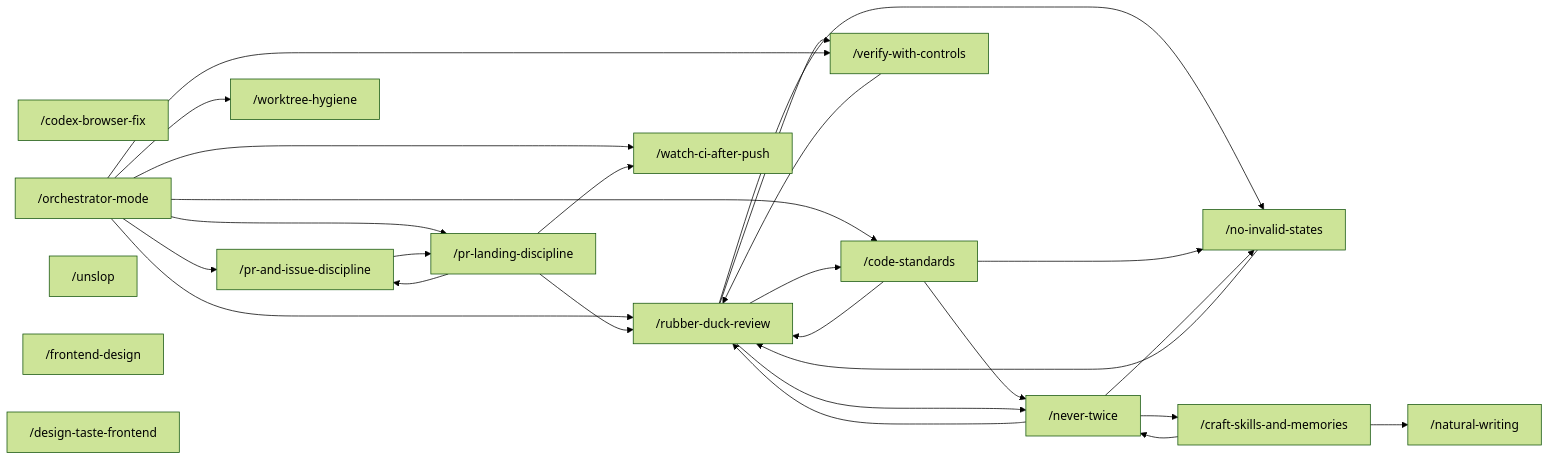
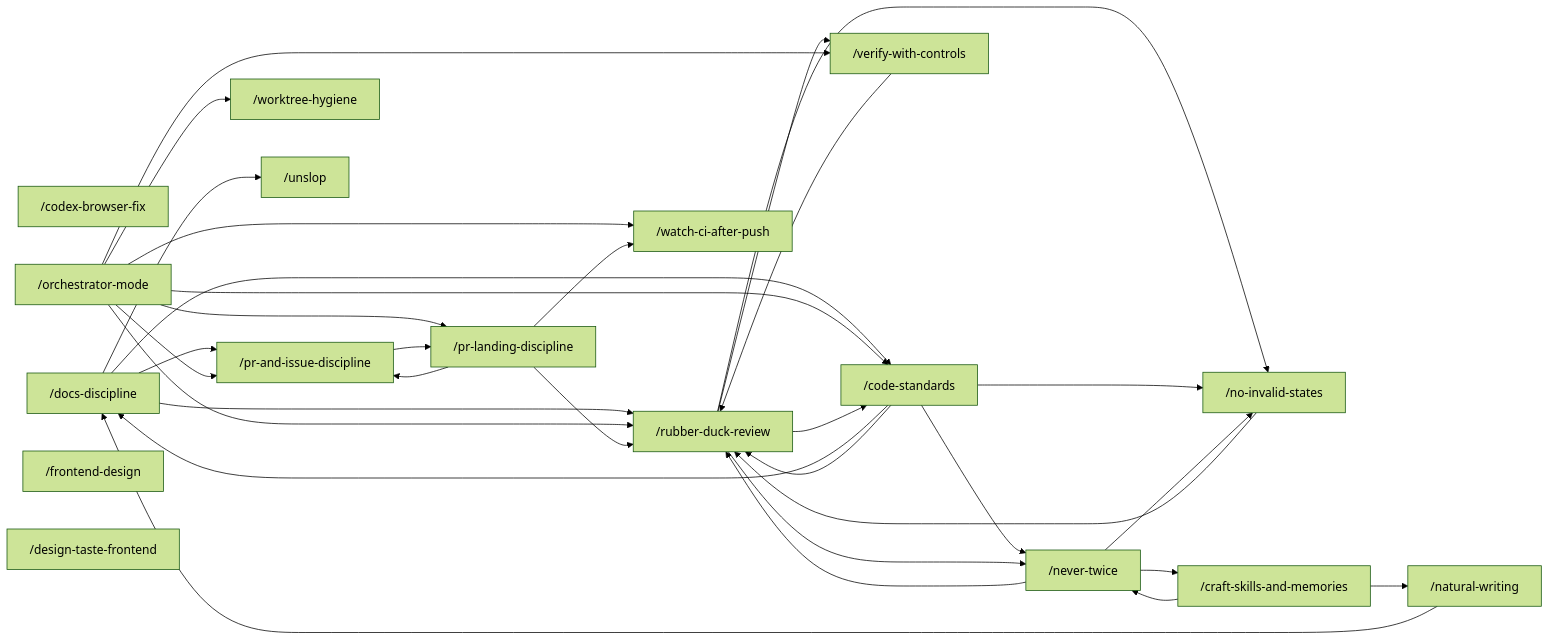
The diagram in README.md (Vivswan/skills), drawn with Mermaid (forest theme) before and after one commit. The commit also changed other lines of this file and 21 other files, not shown here.

````diff
--- a/README.md
+++ b/README.md
@@ -46,32 +47,38 @@
 ```mermaid
 graph LR
   cbf["/codex-browser-fix"]
+  dd["/docs-discipline"] --> rdr
+  dd --> pid
+  dd --> cs
+  cs --> dd
+  nw --> dd
   om["/orchestrator-mode"] --> rdr["/rubber-duck-review"]
   om --> wca["/watch-ci-after-push"]
   om --> cs["/code-standards"]
   om --> pid["/pr-and-issue-discipline"]
   om --> pld["/pr-landing-discipline"]
   om --> wh["/worktree-hygiene"]
   pid --> pld
   pld --> pid
   pld --> wca
   pld --> rdr
   cs --> rdr
   cs --> nt
   rdr --> cs
   rdr --> nis["/no-invalid-states"]
   rdr --> nt
   rdr --> vwc
   nis --> rdr
   cs --> nis
   nt["/never-twice"] --> rdr
   nt --> nis
   nt --> csm
   om --> vwc["/verify-with-controls"]
   vwc --> rdr
   csm["/craft-skills-and-memories"] --> nw["/natural-writing"]
   us["/unslop"]
   fd["/frontend-design"]
   dtf["/design-taste-frontend"]
+  dd --> us
   csm --> nt
 ```
````
